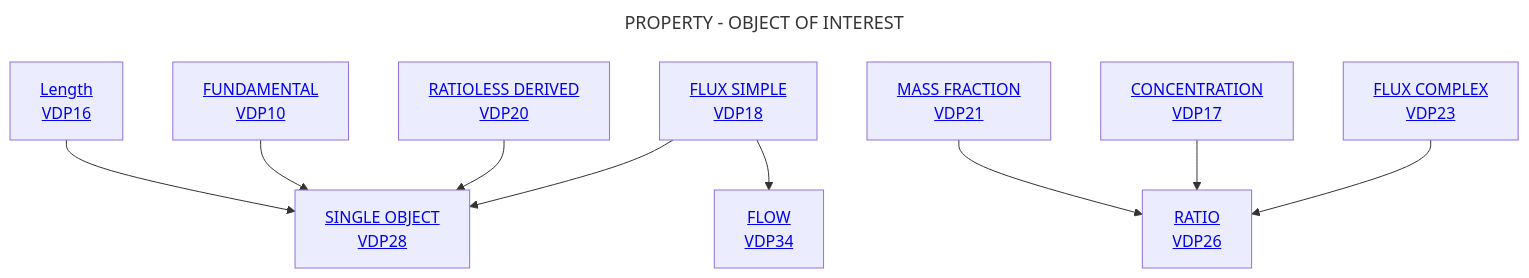
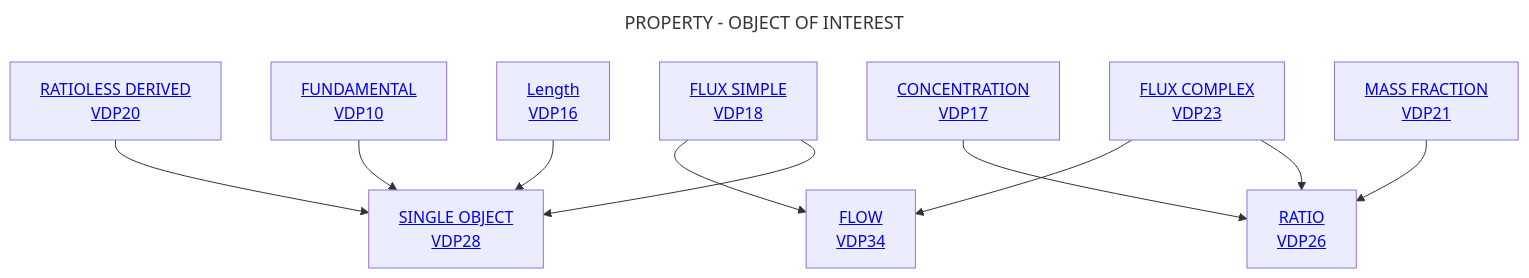
One commit to mabablue/I-ADOPT-patterns-playground changed the diagram in Decisition_trees/DT6.mmd. Above: the diagram before and after it, drawn with Mermaid.

```diff
--- a/Decisition_trees/DT6.mmd
+++ b/Decisition_trees/DT6.mmd
@@ -1,12 +1,13 @@
 ---
 title: PROPERTY - OBJECT OF INTEREST
 ---
 flowchart TD
     A[<a href='https://github.com/mabablue/I-ADOPT-patterns-playground/blob/main/pattern/VDP16.yaml'>Length <br> VDP16</a>] --> C[<a href='https://github.com/mabablue/I-ADOPT-patterns-playground/blob/main/pattern/VDP16.yaml'>SINGLE OBJECT <br> VDP28</a>]
     B[<a href='https://github.com/mabablue/I-ADOPT-patterns-playground/blob/main/pattern/VDP10.yaml'>FUNDAMENTAL <br> VDP10</a>]  --> C
     D[<a href='https://github.com/mabablue/I-ADOPT-patterns-playground/blob/main/pattern/VDP10.yaml'>RATIOLESS DERIVED <br> VDP20</a>] --> C
     E[<a href='https://github.com/mabablue/I-ADOPT-patterns-playground/blob/main/pattern/VDP10.yaml'>MASS FRACTION <br> VDP21</a>] --> F[<a href='https://github.com/mabablue/I-ADOPT-patterns-playground/blob/main/pattern/VDP16.yaml'>RATIO <br> VDP26</a>]
     G[<a href='https://github.com/mabablue/I-ADOPT-patterns-playground/blob/main/pattern/VDP10.yaml'>CONCENTRATION <br> VDP17</a>] --> F
     H[<a href='https://github.com/mabablue/I-ADOPT-patterns-playground/blob/main/pattern/VDP10.yaml'>FLUX SIMPLE <br> VDP18</a>] --> C
     I[<a href='https://github.com/mabablue/I-ADOPT-patterns-playground/blob/main/pattern/VDP10.yaml'>FLUX COMPLEX <br> VDP23</a>] --> F
     H --> K[<a href='https://github.com/mabablue/I-ADOPT-patterns-playground/blob/main/pattern/VDP10.yaml'>FLOW <br> VDP34</a>] 
+    I --> K
```
